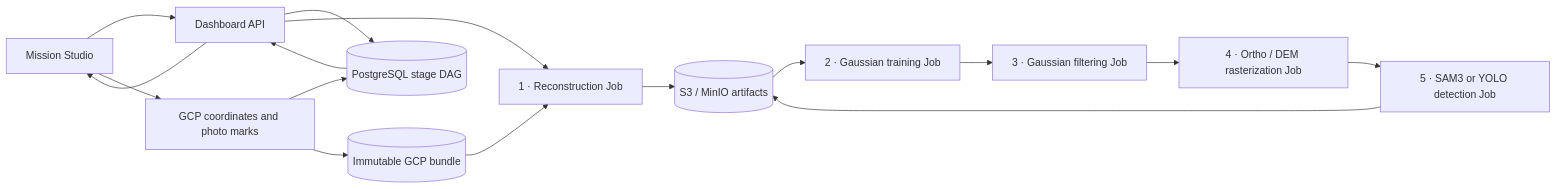
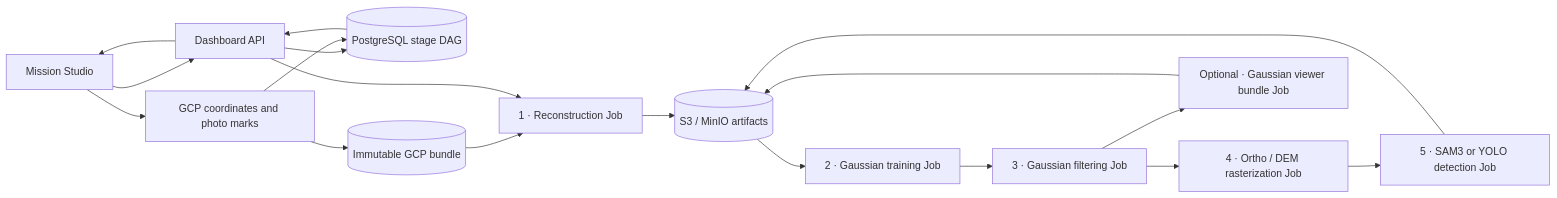
One commit to olivelb/DroneAI changed the diagram in README.md. Above: the diagram before and after it, drawn with Mermaid. The commit also changed other lines of this file and 54 other files, not shown here.

````diff
--- a/README.md
+++ b/README.md
@@ -50,18 +51,20 @@
 ```mermaid
 flowchart LR
     UI["Mission Studio"] --> API["Dashboard API"]
     API --> DB[("PostgreSQL stage DAG")]
     UI --> GCP["GCP coordinates and photo marks"]
     GCP --> DB
     GCP --> CAS[("Immutable GCP bundle")]
     CAS --> R
     API --> R["1 · Reconstruction Job"]
     R --> S3[("S3 / MinIO artifacts")]
     S3 --> GT["2 · Gaussian training Job"]
     GT --> GF["3 · Gaussian filtering Job"]
     GF --> RA["4 · Ortho / DEM rasterization Job"]
+    GF --> GV["Optional · Gaussian viewer bundle Job"]
     RA --> AI["5 · SAM3 or YOLO detection Job"]
     AI --> S3
+    GV --> S3
     DB --> API
     API --> UI
 ```
````
